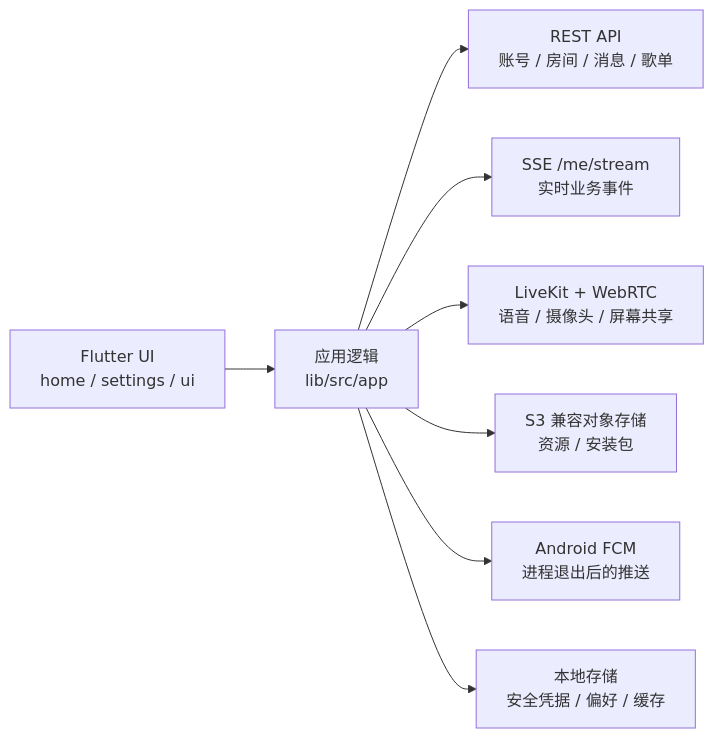
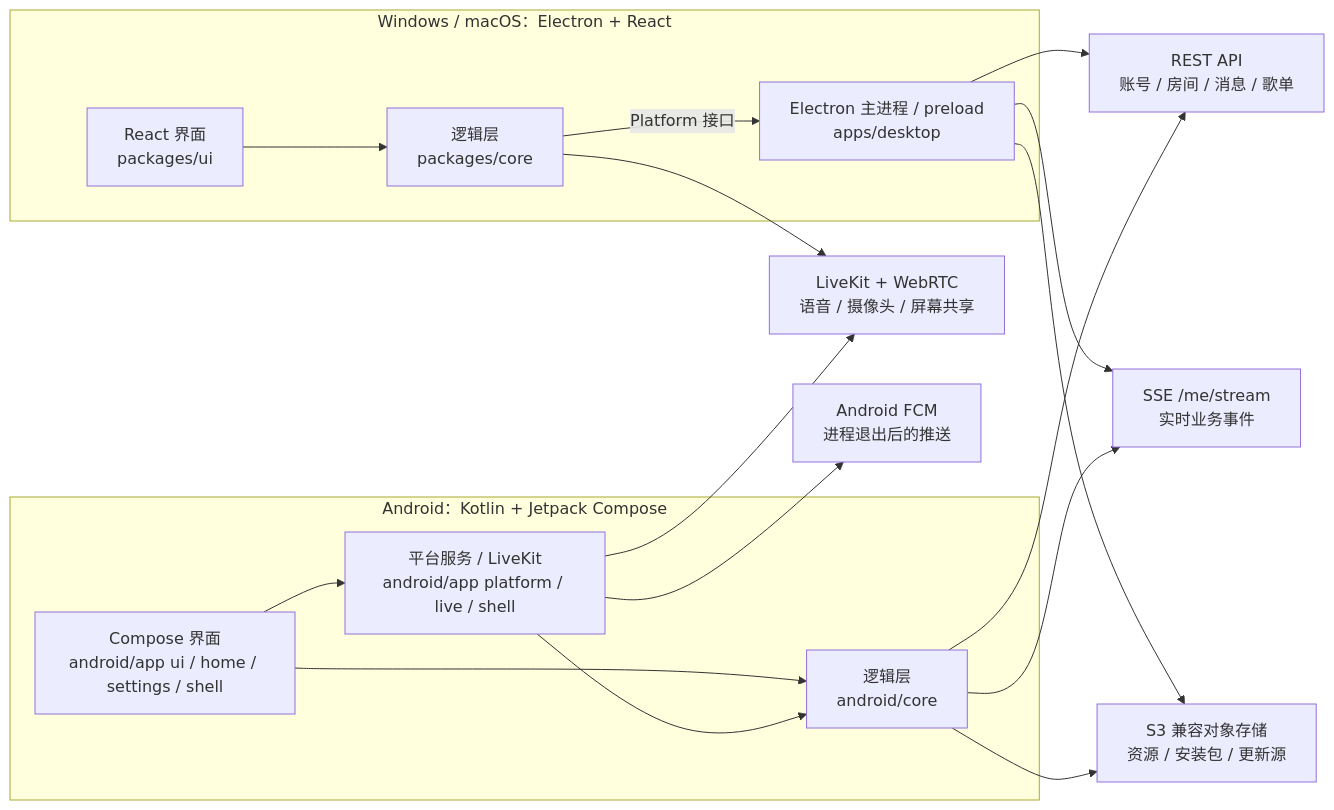
Before and after one commit to gang-chat/gang-chat-client: the diagram in README.md, drawn with Mermaid. The commit also changed other lines of this file and 3 other files, not shown here.

First line of the commit message:
Describe the Electron and native Android clients in the README and guides

````diff
--- a/README.md
+++ b/README.md
@@ -538,19 +542,33 @@
 ```mermaid
 flowchart LR
-    UI["Flutter UI<br/>home / settings / ui"]
-    APP["应用逻辑<br/>lib/src/app"]
+    subgraph DESKTOP["Windows / macOS：Electron + React"]
+        DUI["React 界面<br/>packages/ui"]
+        DCORE["逻辑层<br/>packages/core"]
+        DHOST["Electron 主进程 / preload<br/>apps/desktop"]
+    end
+    subgraph MOBILE["Android：Kotlin + Jetpack Compose"]
+        AUI["Compose 界面<br/>android/app ui / home / settings / shell"]
+        AHOST["平台服务 / LiveKit<br/>android/app platform / live / shell"]
+        ACORE["逻辑层<br/>android/core"]
+    end
     API["REST API<br/>账号 / 房间 / 消息 / 歌单"]
     SSE["SSE /me/stream<br/>实时业务事件"]
     LIVE["LiveKit + WebRTC<br/>语音 / 摄像头 / 屏幕共享"]
-    OBJ["S3 兼容对象存储<br/>资源 / 安装包"]
+    OBJ["S3 兼容对象存储<br/>资源 / 安装包 / 更新源"]
     PUSH["Android FCM<br/>进程退出后的推送"]
-    LOCAL["本地存储<br/>安全凭据 / 偏好 / 缓存"]
 
-    UI --> APP
-    APP --> API
-    APP --> SSE
-    APP --> LIVE
-    APP --> OBJ
-    APP --> PUSH
-    APP --> LOCAL
+    DUI --> DCORE
+    DCORE -->|Platform 接口| DHOST
+    DHOST --> API
+    DHOST --> SSE
+    DHOST --> OBJ
+    DCORE --> LIVE
+    AUI --> AHOST
+    AUI --> ACORE
+    AHOST --> ACORE
+    ACORE --> API
+    ACORE --> SSE
+    ACORE --> OBJ
+    AHOST --> LIVE
+    AHOST --> PUSH
 ```
````
